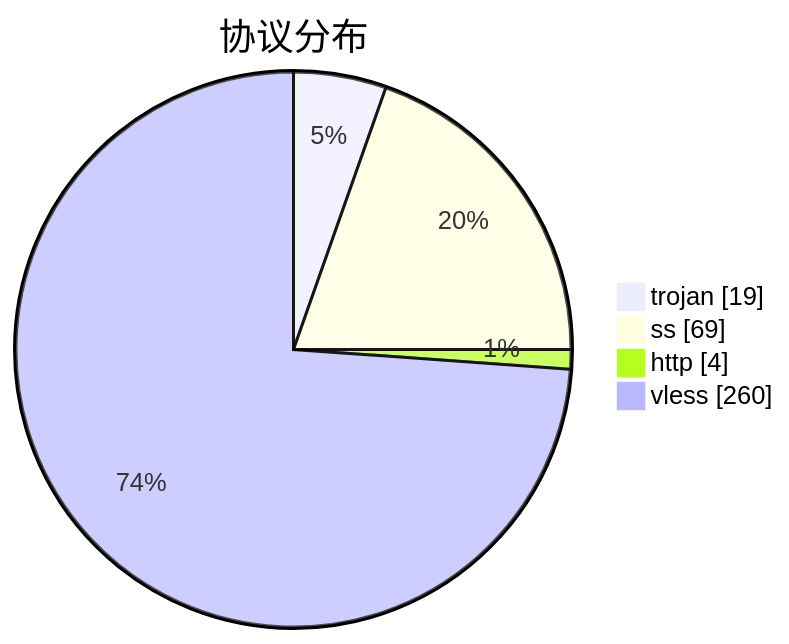
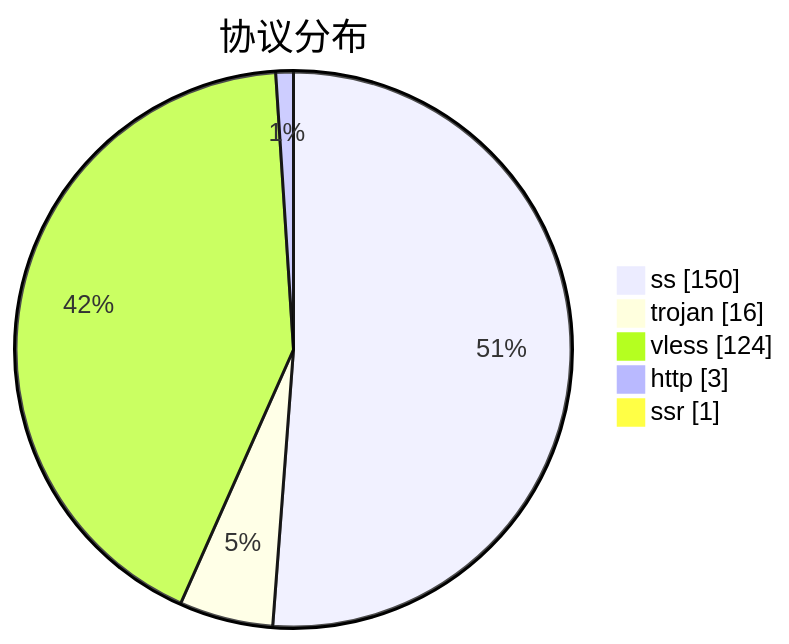
One commit to qjlxg/airport changed the third of 3 diagrams in subs/statistics/tested_within.md. Above: the diagram before and after it, drawn with Mermaid. The commit also changed other lines of this file and 2 other files, not shown here.

````diff
--- a/subs/statistics/tested_within.md
+++ b/subs/statistics/tested_within.md
@@ -19,8 +17,9 @@
 ```mermaid
 pie showData
 title 协议分布
-"trojan" : 19
-"ss" : 69
-"http" : 4
-"vless" : 260
+"ss" : 150
+"trojan" : 16
+"vless" : 124
+"http" : 3
+"ssr" : 1
 ```
````
